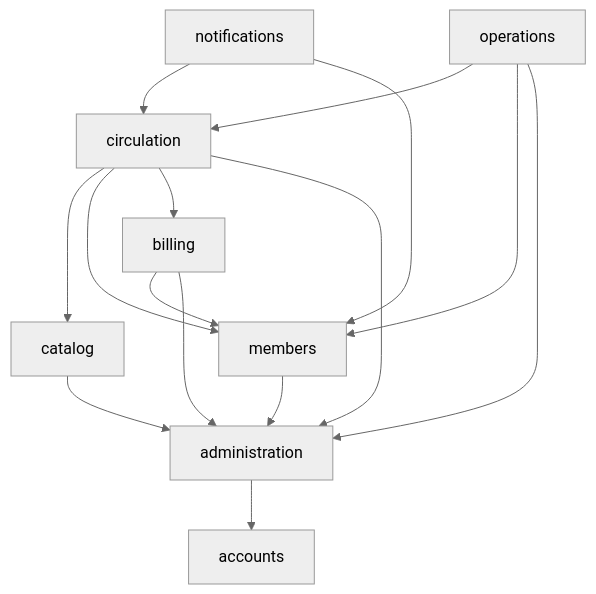
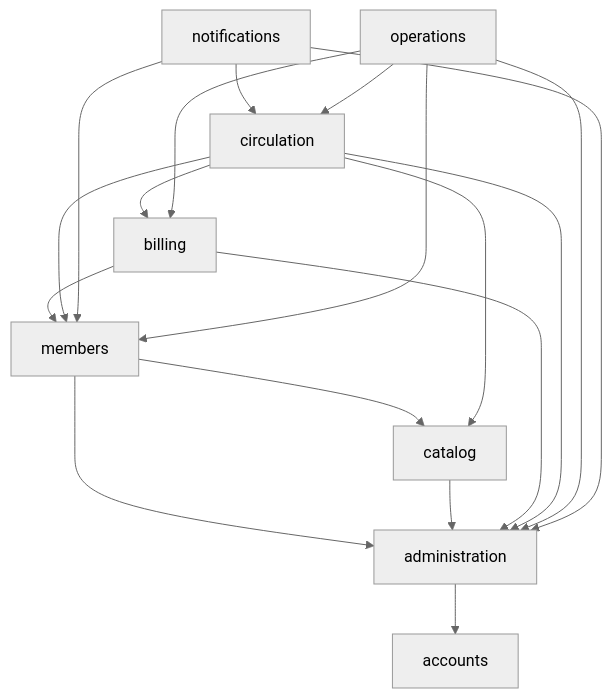
One commit to mhmtmndrn/kutuphane-odunc-sistemi changed the third of 8 diagrams in docs/architecture.md. Above: the diagram before and after it, drawn with Mermaid (neutral theme). The commit also changed other lines of this file and 19 other files, not shown here.

````diff
--- a/docs/architecture.md
+++ b/docs/architecture.md
@@ -69,25 +69,28 @@
 ```mermaid
 flowchart TD
   accounts[accounts]
   administration[administration]
   members[members]
   catalog[catalog]
   billing[billing]
   circulation[circulation]
   notifications[notifications]
   operations[operations]
   administration --> accounts
   members --> administration
+  members --> catalog
   catalog --> administration
   billing --> members
   billing --> administration
   circulation --> catalog
   circulation --> members
   circulation --> billing
   circulation --> administration
   notifications --> circulation
   notifications --> members
   operations --> circulation
   operations --> members
   operations --> administration
+  operations --> billing
+  notifications --> administration
 ```
````
